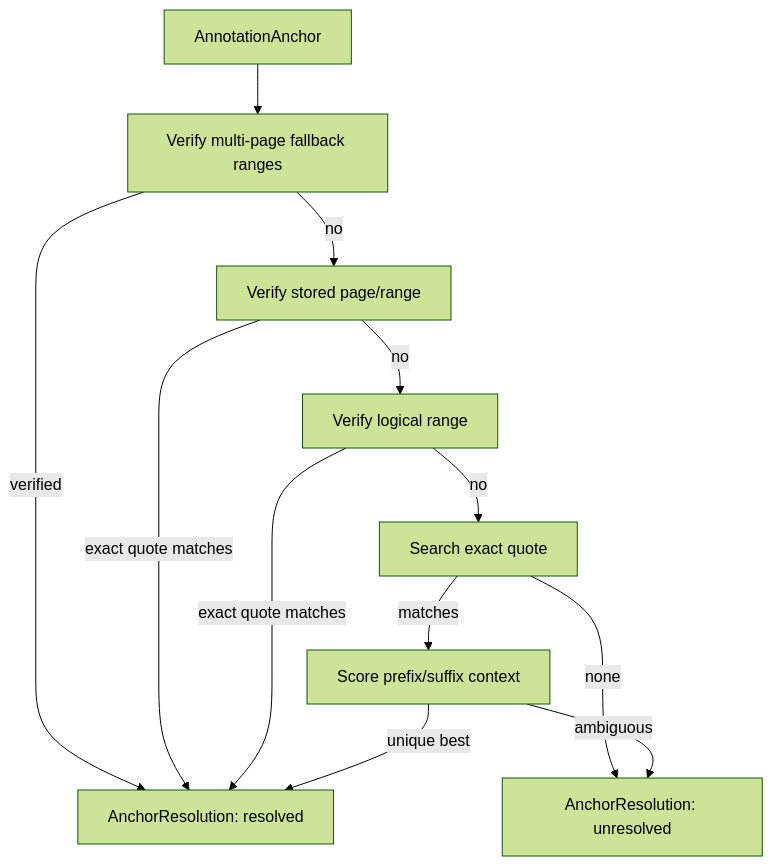
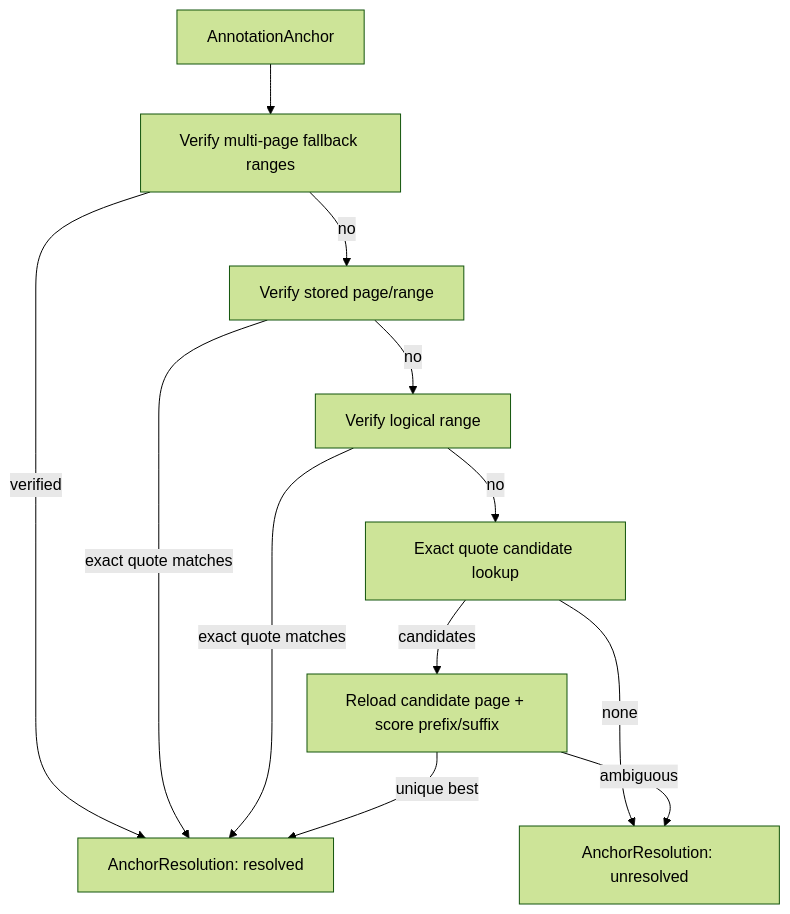
One commit to aaditya140103/kola changed the eighth of 17 diagrams in docs/PROJECT_GRAPH.md. Above: the diagram before and after it, drawn with Mermaid (forest theme). The commit also changed other lines of this file, not shown here.

Commit message:
Map exact quote candidate recovery path

````diff
--- a/docs/PROJECT_GRAPH.md
+++ b/docs/PROJECT_GRAPH.md
@@ -147,23 +147,23 @@
 ```mermaid
 flowchart TD
     Anchor[AnnotationAnchor]
     Stored[Verify stored page/range]
     Multi[Verify multi-page fallback ranges]
     Logical[Verify logical range]
-    Quote[Search exact quote]
-    Context[Score prefix/suffix context]
+    Quote[Exact quote candidate lookup]
+    Context[Reload candidate page + score prefix/suffix]
     Resolved[AnchorResolution: resolved]
     Unresolved[AnchorResolution: unresolved]
 
     Anchor --> Multi
     Multi -- verified --> Resolved
     Multi -- no --> Stored
     Stored -- exact quote matches --> Resolved
     Stored -- no --> Logical
     Logical -- exact quote matches --> Resolved
     Logical -- no --> Quote
     Quote -- none --> Unresolved
-    Quote -- matches --> Context
+    Quote -- candidates --> Context
     Context -- unique best --> Resolved
     Context -- ambiguous --> Unresolved
 ```
````
